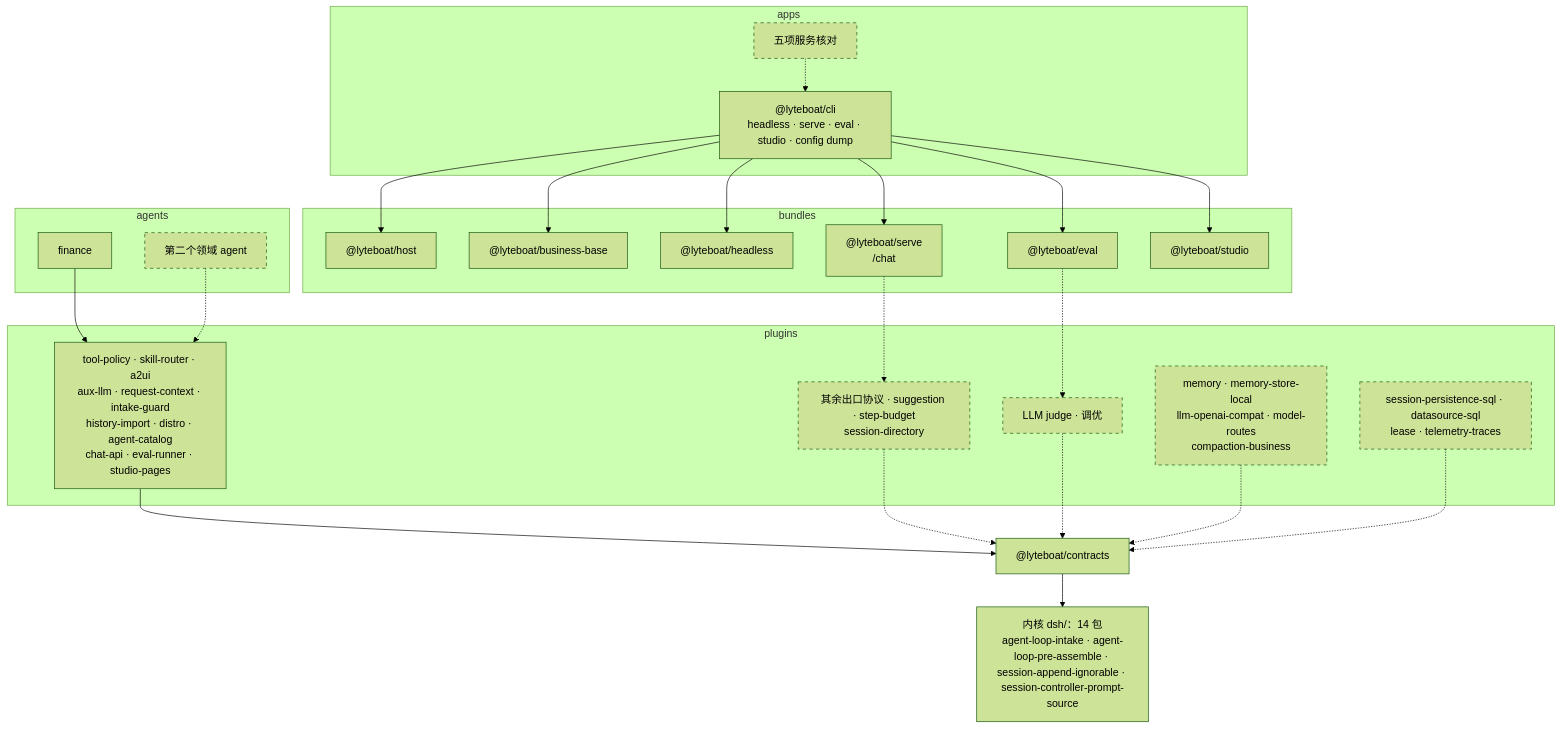
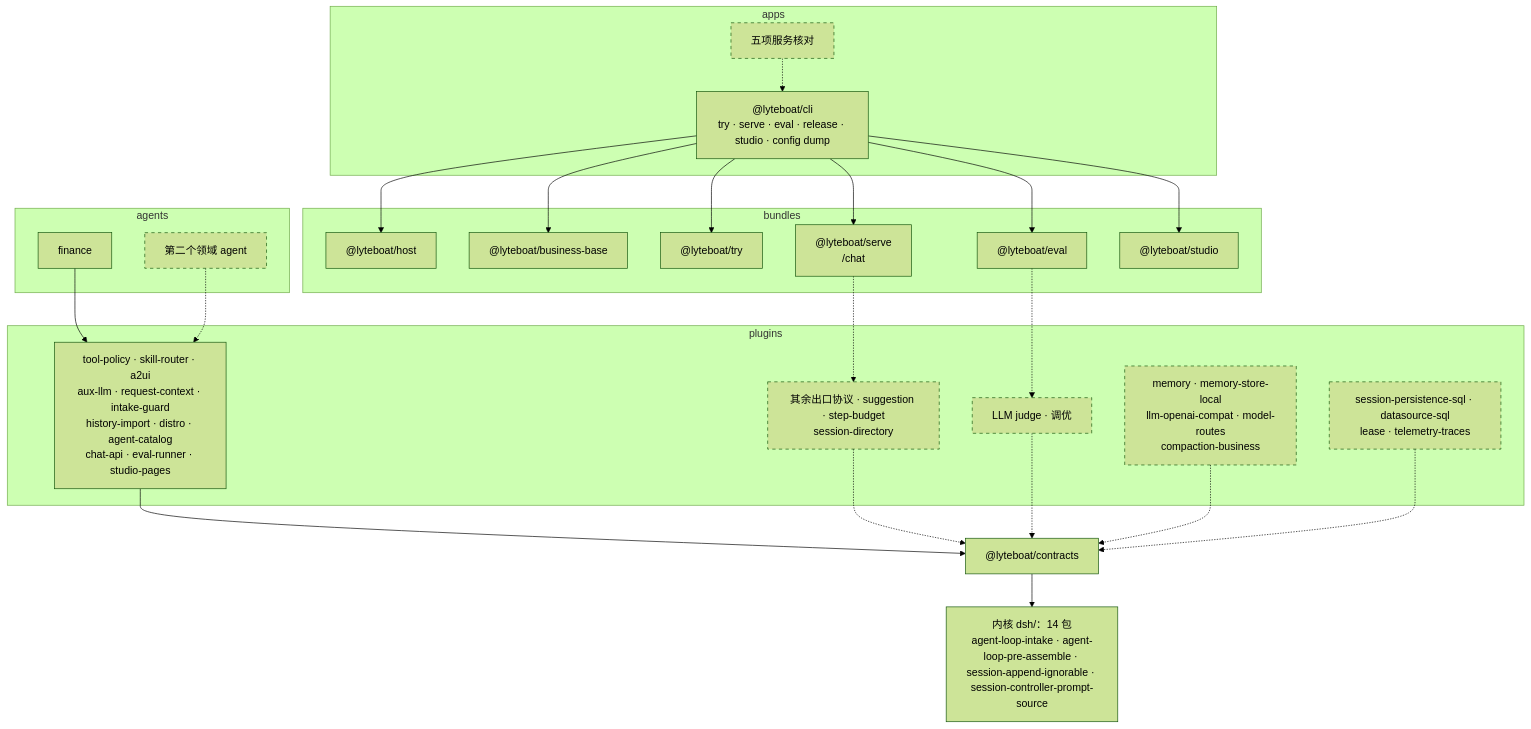
Before and after one commit to lyteboat/boat: the second of 3 diagrams in docs/04-reference-alignment.md, drawn with Mermaid (forest theme). The commit also changed other lines of this file and 9 other files, not shown here.

````diff
--- a/docs/04-reference-alignment.md
+++ b/docs/04-reference-alignment.md
@@ -731,47 +738,47 @@
 ```mermaid
 flowchart TB
   subgraph APPS["apps"]
-    CLI["@lyteboat/cli<br/>headless · serve · eval · studio · config dump"]
+    CLI["@lyteboat/cli<br/>try · serve · eval · release · studio · config dump"]
     CLIN["五项服务核对"]
   end
   subgraph BUNDLES["bundles"]
     HOST["@lyteboat/host"]
     BASE["@lyteboat/business-base"]
-    RUN["@lyteboat/headless"]
+    RUN["@lyteboat/try"]
     SERVE["@lyteboat/serve<br/>/chat"]
     EVAL["@lyteboat/eval"]
     STUDIO["@lyteboat/studio"]
   end
   subgraph AGENTS["agents"]
     FIN["finance"]
     AG2["第二个领域 agent"]
   end
   subgraph PLUGINS["plugins"]
     HAVE["tool-policy · skill-router · a2ui<br/>aux-llm · request-context · intake-guard<br/>history-import · distro · agent-catalog<br/>chat-api · eval-runner · studio-pages"]
     WIRE["其余出口协议 · suggestion · step-budget<br/>session-directory"]
     JUDGE["LLM judge · 调优"]
     MEM["memory · memory-store-local<br/>llm-openai-compat · model-routes<br/>compaction-business"]
     MULTI["session-persistence-sql · datasource-sql<br/>lease · telemetry-traces"]
   end
   CT["@lyteboat/contracts"]
   K["内核 dsh/：14 包<br/>agent-loop-intake · agent-loop-pre-assemble · session-append-ignorable · session-controller-prompt-source"]
   CLI --> HOST
   CLI --> BASE
   CLI --> RUN
   CLI --> SERVE
   CLI --> EVAL
   CLI --> STUDIO
   CLIN -.-> CLI
   SERVE -.-> WIRE
   EVAL -.-> JUDGE
   FIN --> HAVE
   AG2 -.-> HAVE
   HAVE --> CT
   WIRE -.-> CT
   JUDGE -.-> CT
   MEM -.-> CT
   MULTI -.-> CT
   CT --> K
   classDef planned stroke-dasharray: 5 5
   class CLIN,AG2,WIRE,JUDGE,MEM,MULTI planned
 ```
````
